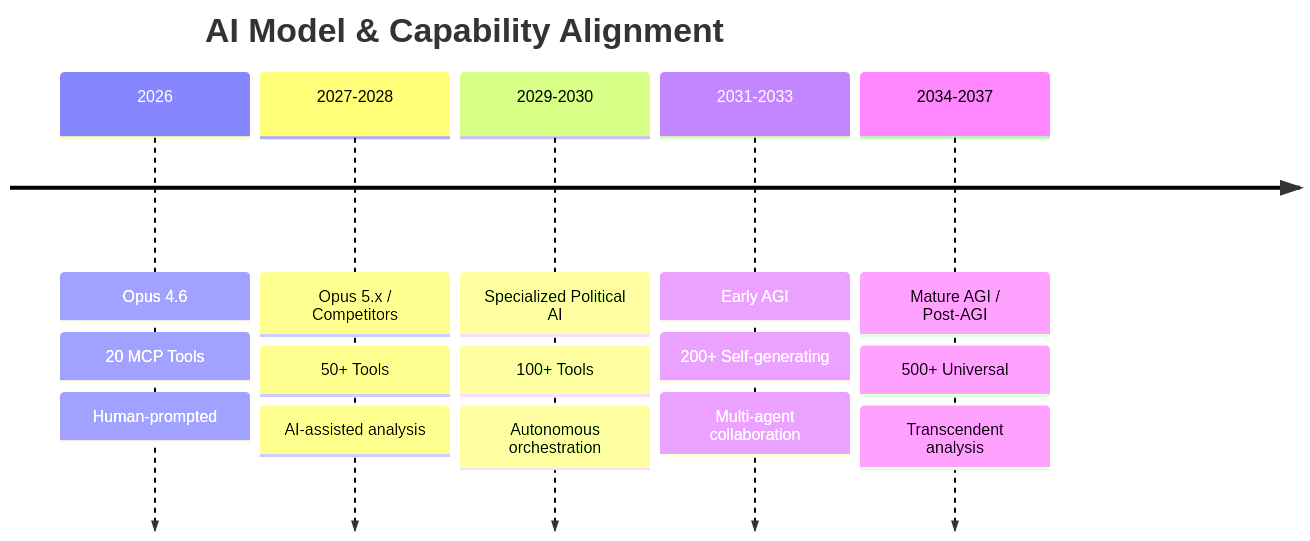
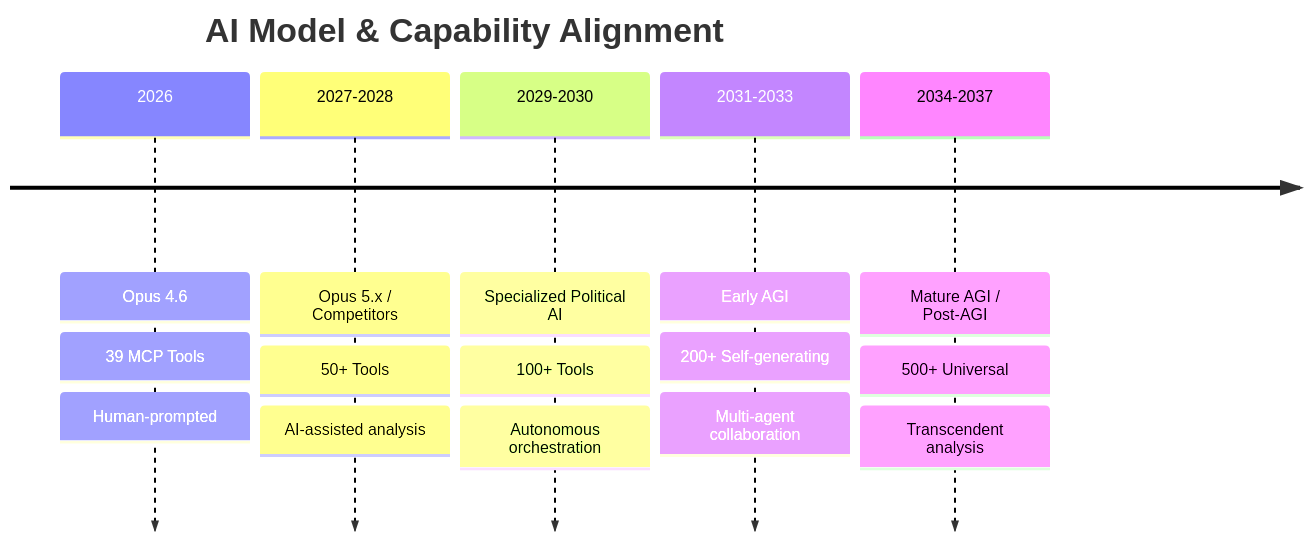
Before and after one commit to Hack23/European-Parliament-MCP-Server: the seventh of 7 diagrams in FUTURE_MINDMAP.md, drawn with Mermaid. The commit also changed other lines of this file and 8 other files, not shown here.

````diff
--- a/FUTURE_MINDMAP.md
+++ b/FUTURE_MINDMAP.md
@@ -717,19 +737,19 @@
 ```mermaid
 timeline
     title AI Model & Capability Alignment
     2026 : Opus 4.6
-         : 20 MCP Tools
+         : 39 MCP Tools
          : Human-prompted
     2027-2028 : Opus 5.x / Competitors
              : 50+ Tools
              : AI-assisted analysis
     2029-2030 : Specialized Political AI
              : 100+ Tools
              : Autonomous orchestration
     2031-2033 : Early AGI
              : 200+ Self-generating
              : Multi-agent collaboration
     2034-2037 : Mature AGI / Post-AGI
              : 500+ Universal
              : Transcendent analysis
 ```
````
